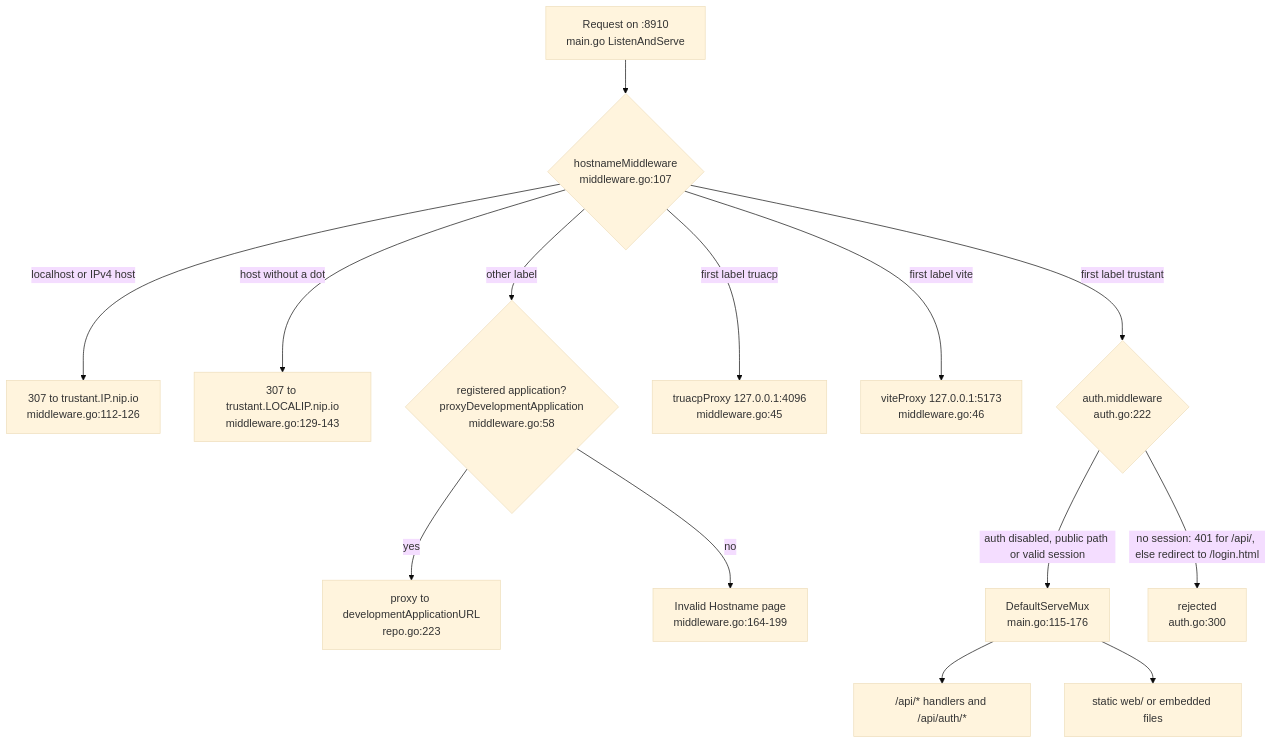
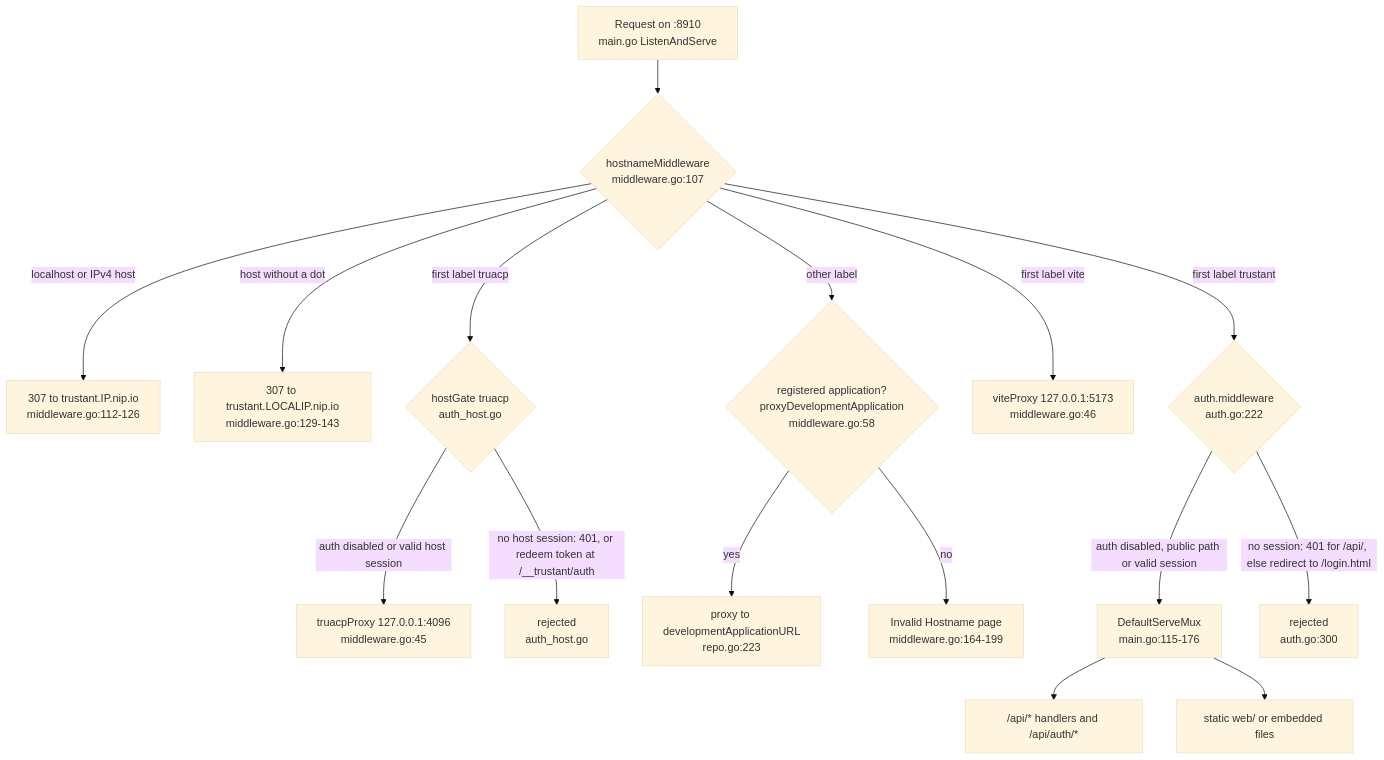
One commit to dennidalpos/trustant changed the diagram in spec/authentication.md. Above: the diagram before and after it, drawn with Mermaid (base theme). The commit also changed other lines of this file and 9 other files, not shown here.

Commit message:
Auth locale: sessione host-only per l'host dell'assistente truacp

````diff
--- a/spec/authentication.md
+++ b/spec/authentication.md
@@ -29,16 +30,18 @@
 ```mermaid
 flowchart TD
     R["Request on :8910<br/>main.go ListenAndServe"] --> H{"hostnameMiddleware<br/>middleware.go:107"}
     H -->|"localhost or IPv4 host"| N1["307 to trustant.IP.nip.io<br/>middleware.go:112-126"]
     H -->|"host without a dot"| N2["307 to trustant.LOCALIP.nip.io<br/>middleware.go:129-143"]
     H -->|"first label trustant"| A{"auth.middleware<br/>auth.go:222"}
-    H -->|"first label truacp"| T["truacpProxy 127.0.0.1:4096<br/>middleware.go:45"]
+    H -->|"first label truacp"| G{"hostGate truacp<br/>auth_host.go"}
+    G -->|"auth disabled or valid host session"| T["truacpProxy 127.0.0.1:4096<br/>middleware.go:45"]
+    G -->|"no host session: 401, or redeem token at /__trustant/auth"| X2["rejected<br/>auth_host.go"]
     H -->|"first label vite"| V["viteProxy 127.0.0.1:5173<br/>middleware.go:46"]
     H -->|"other label"| D{"registered application?<br/>proxyDevelopmentApplication<br/>middleware.go:58"}
     D -->|yes| P["proxy to developmentApplicationURL<br/>repo.go:223"]
     D -->|no| E["Invalid Hostname page<br/>middleware.go:164-199"]
     A -->|"auth disabled, public path or valid session"| M["DefaultServeMux<br/>main.go:115-176"]
     A -->|"no session: 401 for /api/, else redirect to /login.html"| X["rejected<br/>auth.go:300"]
     M --> API["/api/* handlers and /api/auth/*"]
     M --> S["static web/ or embedded files"]
 ```
````
